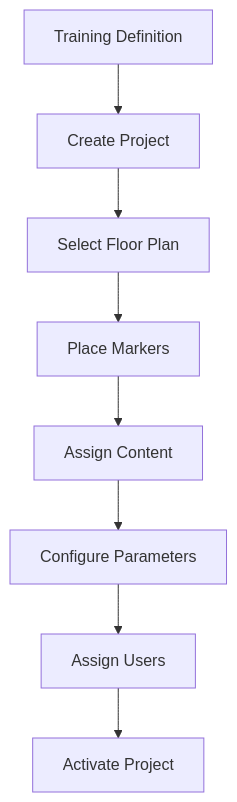
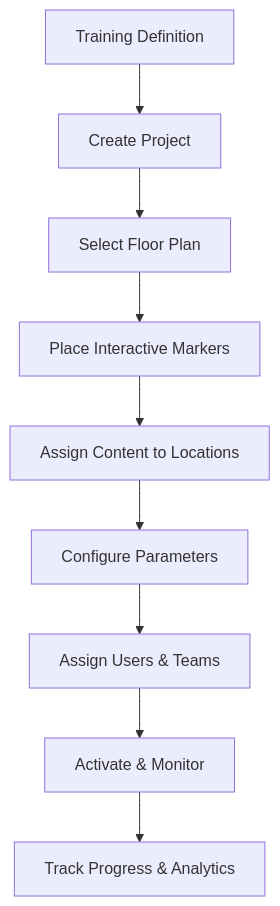
Before and after one commit to opprfloris/oppr-training-nexus: the fourth of 10 diagrams in TECHNICAL_DOCUMENTATION.md, drawn with Mermaid. The commit also changed other lines of this file, not shown here.

````diff
--- a/TECHNICAL_DOCUMENTATION.md
+++ b/TECHNICAL_DOCUMENTATION.md
@@ -196,10 +221,11 @@
 ```mermaid
 graph TB
     A[Training Definition] --> B[Create Project]
     B --> C[Select Floor Plan]
-    C --> D[Place Markers]
-    D --> E[Assign Content]
+    C --> D[Place Interactive Markers]
+    D --> E[Assign Content to Locations]
     E --> F[Configure Parameters]
-    F --> G[Assign Users]
-    G --> H[Activate Project]
+    F --> G[Assign Users & Teams]
+    G --> H[Activate & Monitor]
+    H --> I[Track Progress & Analytics]
 ```
````
